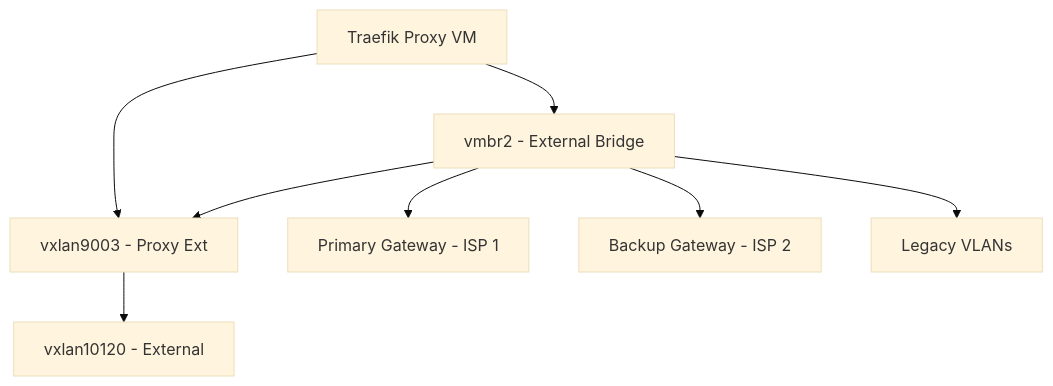
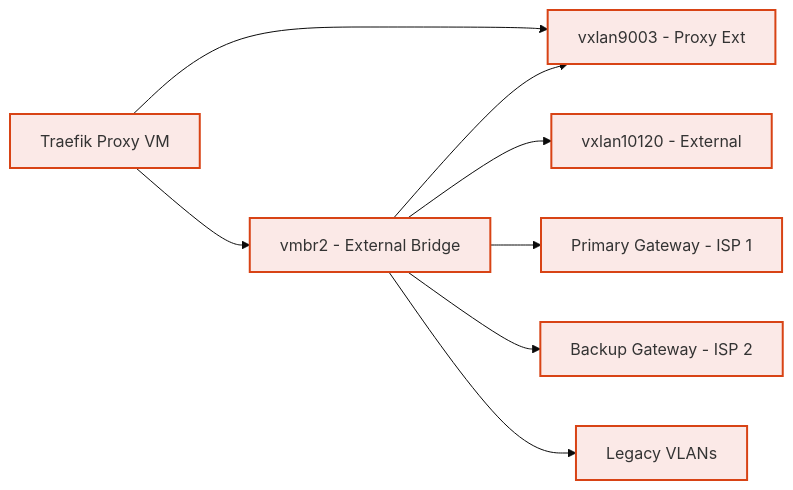
The fourth of 4 diagrams in README.md (CEP-Comwell/proxmox_addons), drawn with Mermaid (base theme) before and after one commit.

````diff
--- a/README.md
+++ b/README.md
@@ -117,15 +117,19 @@
 ```mermaid
-graph TD
+graph LR
 ExtBridge[vmbr2 - External Bridge]
-ExtBridge --> VX9003[vxlan9003 - Proxy Ext]
-VX9003 --> VX10120[vxlan10120 - External]
+VX9003[vxlan9003 - Proxy Ext]
+VX10120[vxlan10120 - External]
 ProxyVM[Traefik Proxy VM]
-ProxyVM --> VX9003
-ProxyVM --> ExtBridge
 Gateway1[Primary Gateway - ISP 1]
 Gateway2[Backup Gateway - ISP 2]
 LegacyVLAN[Legacy VLANs]
+ExtBridge --> VX9003
+ExtBridge --> VX10120
 ExtBridge --> Gateway1
 ExtBridge --> Gateway2
 ExtBridge --> LegacyVLAN
+ProxyVM --> VX9003
+ProxyVM --> ExtBridge
+classDef ext fill:#fbe9e7,stroke:#d84315,stroke-width:2px;
+class ExtBridge,VX9003,VX10120,ProxyVM,Gateway1,Gateway2,LegacyVLAN ext;
 ```
````
